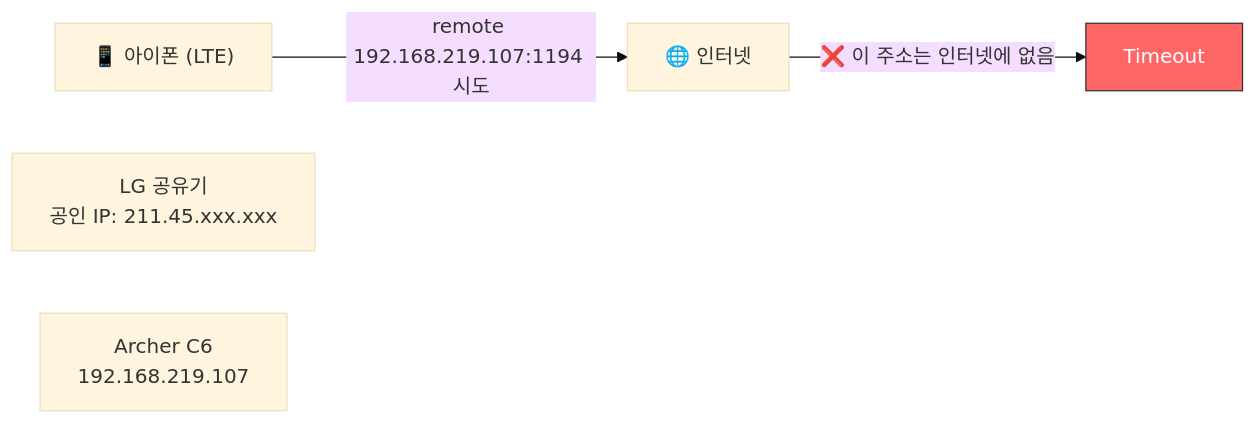
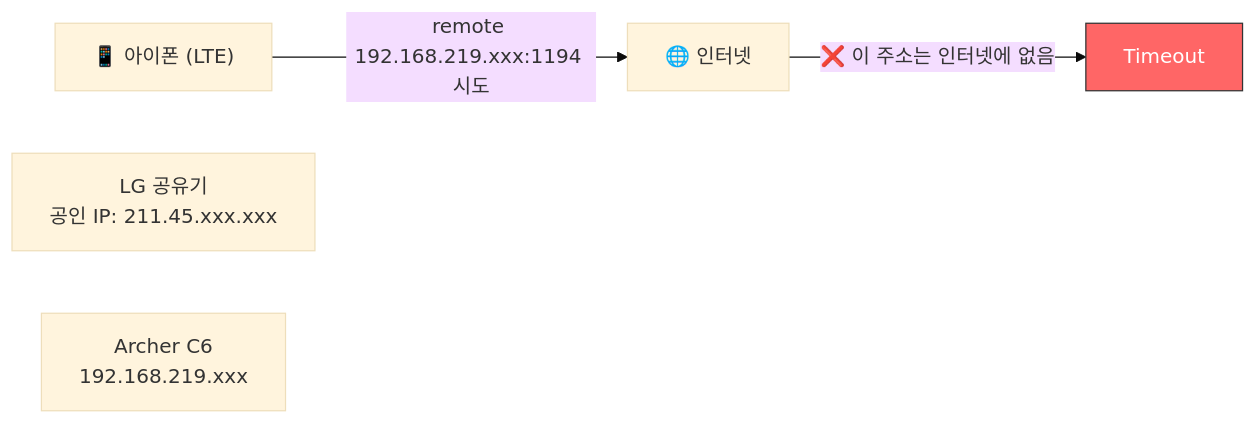
Before and after one commit to samcho0608/samcho0608.github.io: the first of 2 diagrams in content/ko/tech/router-vpn-02.md, drawn with Mermaid (base theme). The commit also changed other lines of this file and 1 other file, not shown here.

````diff
--- a/content/ko/tech/router-vpn-02.md
+++ b/content/ko/tech/router-vpn-02.md
@@ -102,12 +106,12 @@
 ```mermaid
 graph LR
     iPhone["📱 아이폰 (LTE)"]
     Internet["🌐 인터넷"]
     LG["LG 공유기<br/>공인 IP: 211.45.xxx.xxx"]
-    C6["Archer C6<br/>192.168.219.107"]
+    C6["Archer C6<br/>192.168.219.xxx"]
 
-    iPhone -->|"remote 192.168.219.107:1194 시도"| Internet
+    iPhone -->|"remote 192.168.219.xxx:1194 시도"| Internet
     Internet -->|"❌ 이 주소는 인터넷에 없음"| X["Timeout"]
 
     style X fill:#f66,stroke:#333,color:#fff
 ```
````
